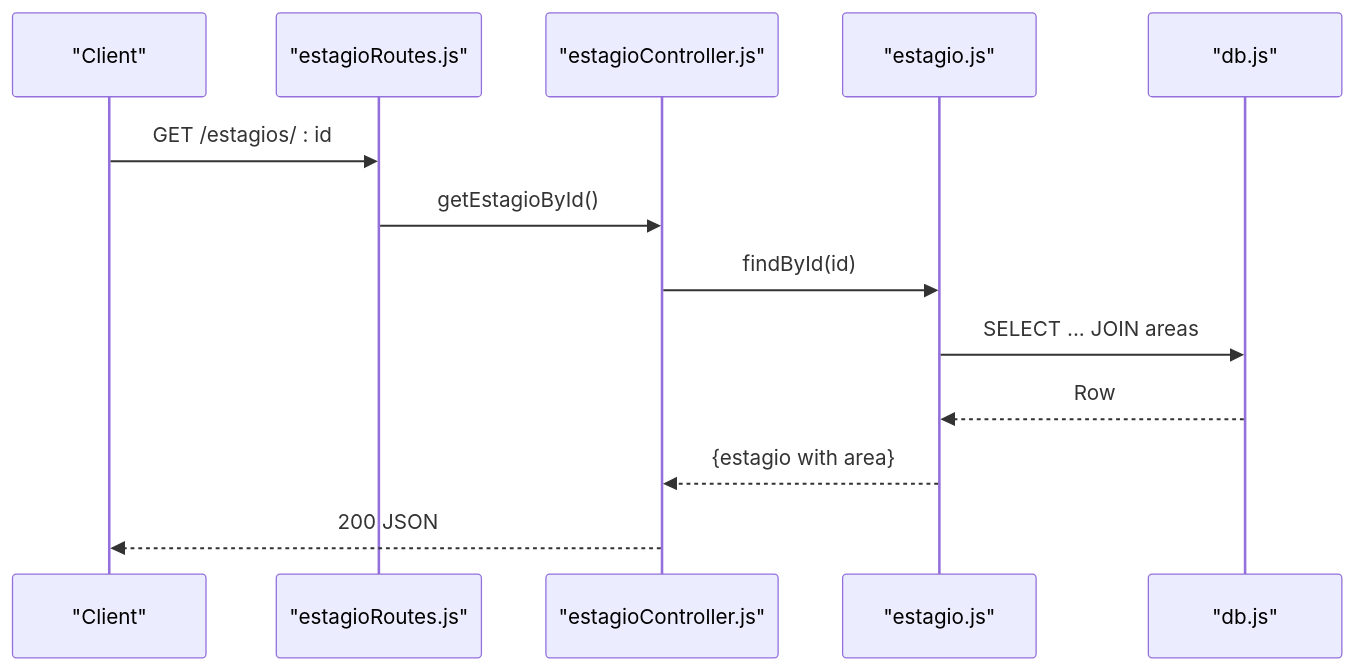
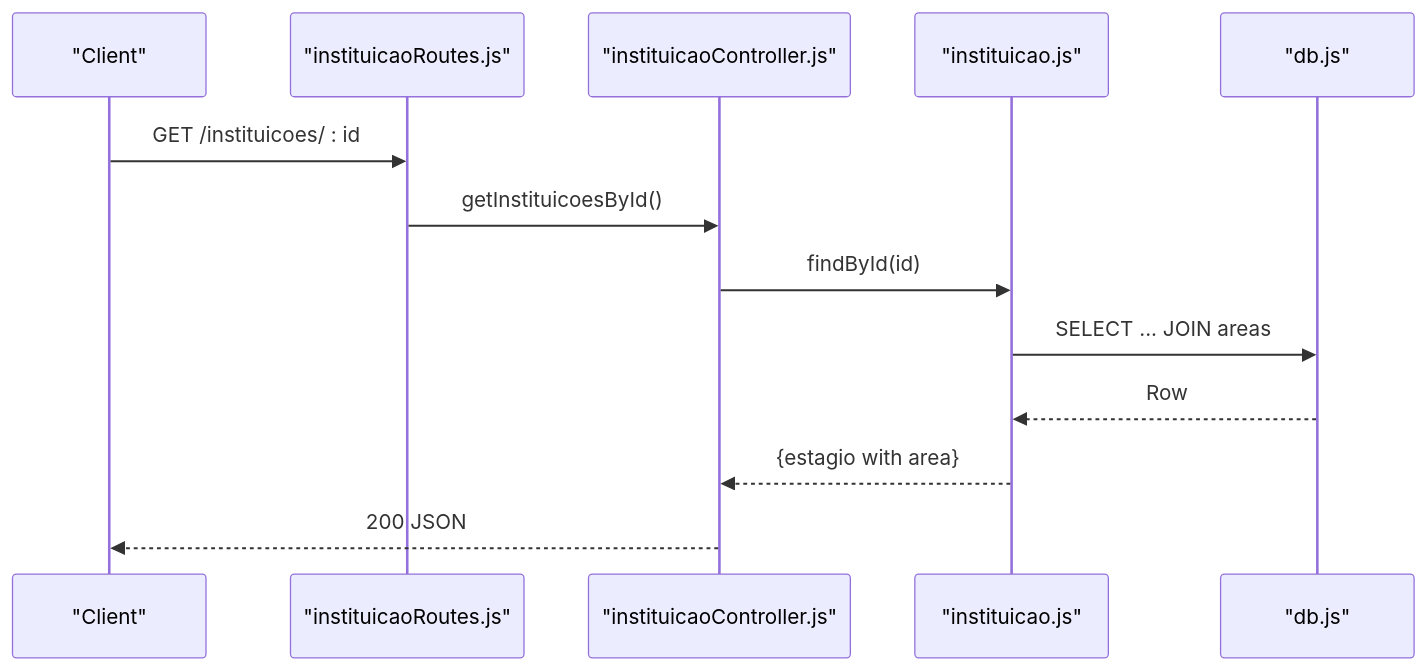
The fourth of 8 diagrams in .qoder/repowiki/en/content/Core Features Implementation/Core Features Implementation.md (luiseduacosta/nodemural), drawn with Mermaid before and after one commit. The commit also changed other lines of this file and 25 other files, not shown here.

````diff
--- a/.qoder/repowiki/en/content/Core Features Implementation/Core Features Implementation.md
+++ b/.qoder/repowiki/en/content/Core Features Implementation/Core Features Implementation.md
@@ -206,15 +206,15 @@
 ```mermaid
 sequenceDiagram
 participant Client as "Client"
-participant Router as "estagioRoutes.js"
-participant Ctrl as "estagioController.js"
-participant Model as "estagio.js"
+participant Router as "instituicaoRoutes.js"
+participant Ctrl as "instituicaoController.js"
+participant Model as "instituicao.js"
 participant DB as "db.js"
-Client->>Router : GET /estagios/ : id
-Router->>Ctrl : getEstagioById()
+Client->>Router : GET /instituicoes/ : id
+Router->>Ctrl : getInstituicoesById()
 Ctrl->>Model : findById(id)
 Model->>DB : SELECT ... JOIN areas
 DB-->>Model : Row
 Model-->>Ctrl : {estagio with area}
 Ctrl-->>Client : 200 JSON
 ```
````
